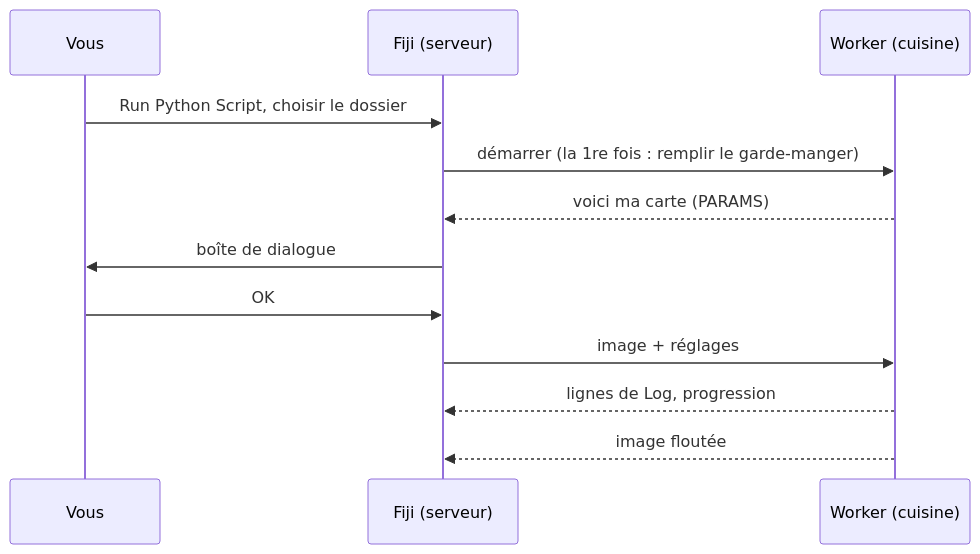
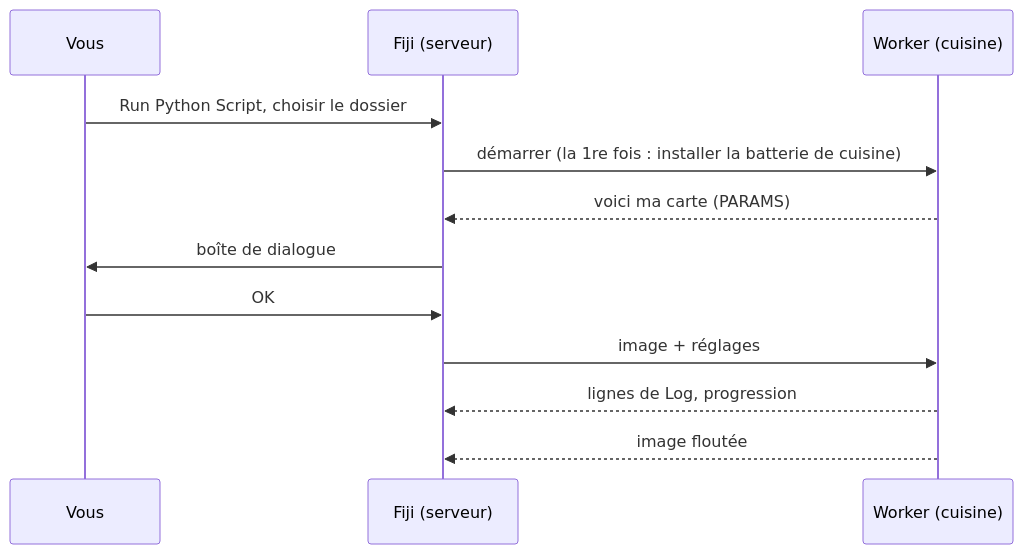
Before and after one commit to Oxford-Zeiss-Centre-of-Excellence/Wavu: the diagram in guide/fiji/first-run.fr.md, drawn with Mermaid. The commit also changed other lines of this file and 221 other files, not shown here.

````diff
--- a/guide/fiji/first-run.fr.md
+++ b/guide/fiji/first-run.fr.md
@@ -11,14 +11,14 @@
 ```mermaid
 sequenceDiagram
     participant You as Vous
     participant Fiji as Fiji (serveur)
     participant W as Worker (cuisine)
     You->>Fiji: Run Python Script, choisir le dossier
-    Fiji->>W: démarrer (la 1re fois : remplir le garde-manger)
+    Fiji->>W: démarrer (la 1re fois : installer la batterie de cuisine)
     W-->>Fiji: voici ma carte (PARAMS)
     Fiji->>You: boîte de dialogue
     You->>Fiji: OK
     Fiji->>W: image + réglages
     W-->>Fiji: lignes de Log, progression
     W-->>Fiji: image floutée
 ```
````
